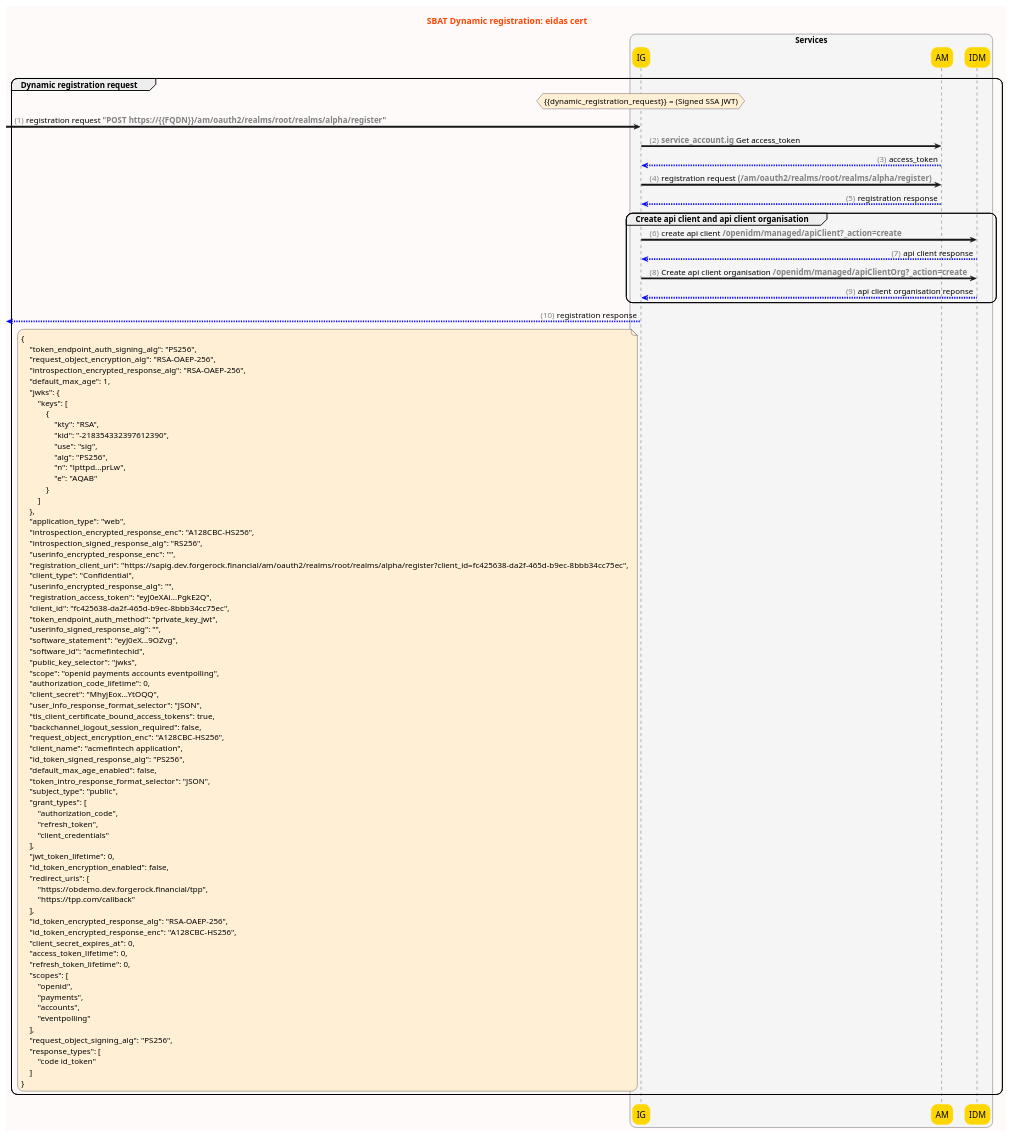
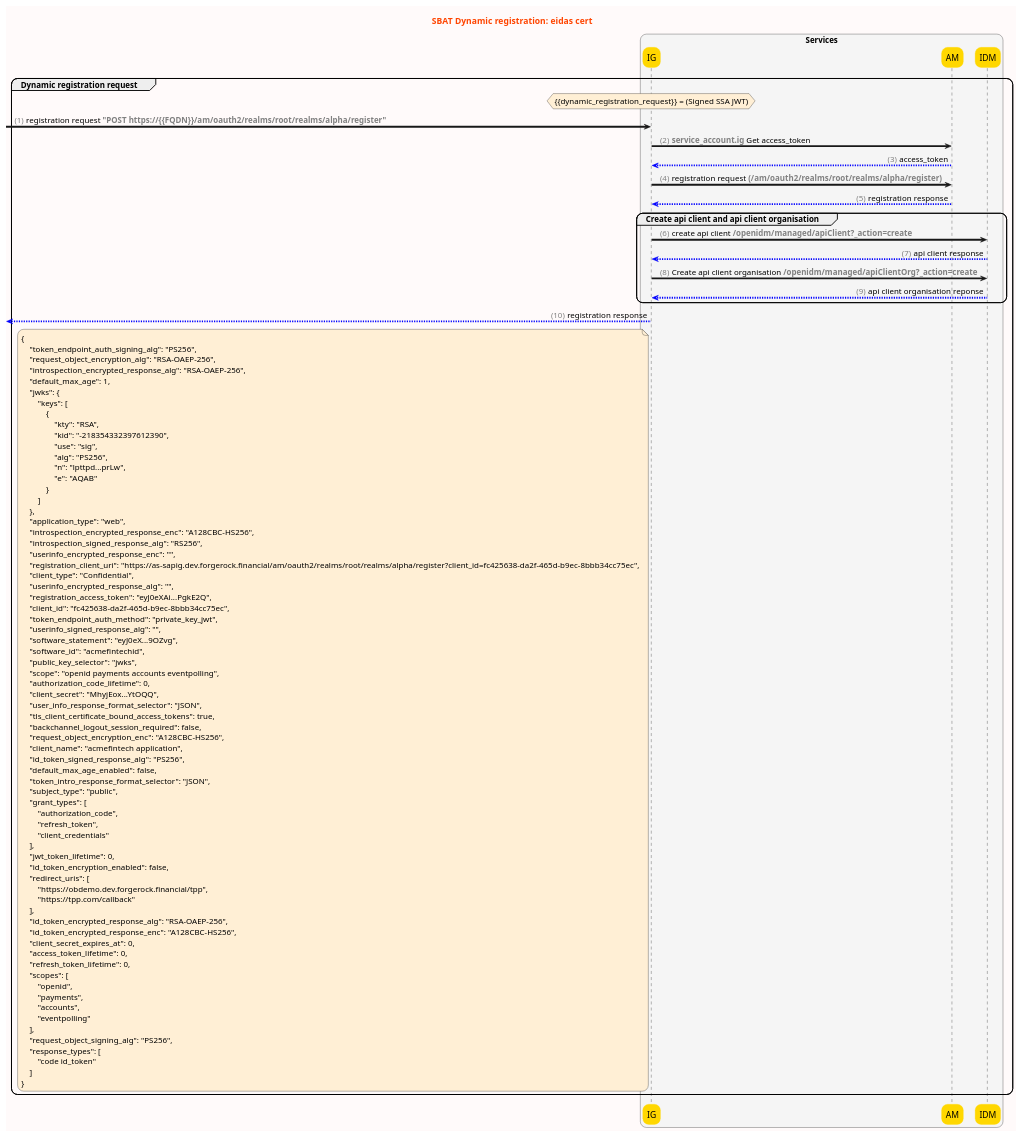
One commit to SecureApiGateway/secure-api-gateway-functional-test-framework changed the diagram in docs/diagrams/sbat-dynamic-reg-eidas-cert.puml. Above: the diagram before and after it, drawn with PlantUML. The commit also changed 7 other files, not shown here.

```diff
--- a/docs/diagrams/sbat-dynamic-reg-eidas-cert.puml
+++ b/docs/diagrams/sbat-dynamic-reg-eidas-cert.puml
@@ -1,108 +1,108 @@
 @startuml
 title <font color=orangered>SBAT Dynamic registration: eidas cert
 ' config '
 skinparam backgroundColor #snow
 skinparam sequenceArrowThickness 3
 skinparam roundcorner 20
 skinparam sequenceMessageAlign direction
 skinparam sequence {
     ParticipantBorderColor gold
 }
 box "Services" #whitesmoke
     participant IG #gold
     participant AM #gold
     participant IDM #gold
 end box
 
 autonumber "<font color=grey>  (##)"
 
 group Dynamic registration request
     hnote over IG #papayawhip
     {{dynamic_registration_request}} = (Signed SSA JWT)
     end hnote
     [-> IG: registration request **<font color=grey>"POST https://{{FQDN}}/am/oauth2/realms/root/realms/alpha/register"</font>**
     IG -> AM: **<font color=grey>service_account.ig</font>** Get access_token
     AM -[#0000FF]-> IG: access_token
     IG -> AM: registration request **<font color=grey>(/am/oauth2/realms/root/realms/alpha/register)</font>**
     AM -[#0000FF]-> IG: registration response
     group Create api client and api client organisation
         IG -> IDM: create api client **<font color=grey>/openidm/managed/apiClient?_action=create</font>**
         IDM -[#0000FF]-> IG: api client response
         IG -> IDM: Create api client organisation **<font color=grey>/openidm/managed/apiClientOrg?_action=create</font>**
         IDM -[#0000FF]-> IG: api client organisation reponse
     end group
     IG -[#0000FF]->[: registration response
     note left of IG #papayawhip
     {
         "token_endpoint_auth_signing_alg": "PS256",
         "request_object_encryption_alg": "RSA-OAEP-256",
         "introspection_encrypted_response_alg": "RSA-OAEP-256",
         "default_max_age": 1,
         "jwks": {
             "keys": [
                 {
                     "kty": "RSA",
                     "kid": "-218354332397612390",
                     "use": "sig",
                     "alg": "PS256",
                     "n": "lpttpd...prLw",
                     "e": "AQAB"
                 }
             ]
         },
         "application_type": "web",
         "introspection_encrypted_response_enc": "A128CBC-HS256",
         "introspection_signed_response_alg": "RS256",
         "userinfo_encrypted_response_enc": "",
-        "registration_client_uri": "https://sapig.dev.forgerock.financial/am/oauth2/realms/root/realms/alpha/register?client_id=fc425638-da2f-465d-b9ec-8bbb34cc75ec",
+        "registration_client_uri": "https://as-sapig.dev.forgerock.financial/am/oauth2/realms/root/realms/alpha/register?client_id=fc425638-da2f-465d-b9ec-8bbb34cc75ec",
         "client_type": "Confidential",
         "userinfo_encrypted_response_alg": "",
         "registration_access_token": "eyJ0eXAi...PgkE2Q",
         "client_id": "fc425638-da2f-465d-b9ec-8bbb34cc75ec",
         "token_endpoint_auth_method": "private_key_jwt",
         "userinfo_signed_response_alg": "",
         "software_statement": "eyJ0eX...9OZvg",
         "software_id": "acmefintechid",
         "public_key_selector": "jwks",
         "scope": "openid payments accounts eventpolling",
         "authorization_code_lifetime": 0,
         "client_secret": "MhyjEox...YtOQQ",
         "user_info_response_format_selector": "JSON",
         "tls_client_certificate_bound_access_tokens": true,
         "backchannel_logout_session_required": false,
         "request_object_encryption_enc": "A128CBC-HS256",
         "client_name": "acmefintech application",
         "id_token_signed_response_alg": "PS256",
         "default_max_age_enabled": false,
         "token_intro_response_format_selector": "JSON",
         "subject_type": "public",
         "grant_types": [
             "authorization_code",
             "refresh_token",
             "client_credentials"
         ],
         "jwt_token_lifetime": 0,
         "id_token_encryption_enabled": false,
         "redirect_uris": [
             "https://obdemo.dev.forgerock.financial/tpp",
             "https://tpp.com/callback"
         ],
         "id_token_encrypted_response_alg": "RSA-OAEP-256",
         "id_token_encrypted_response_enc": "A128CBC-HS256",
         "client_secret_expires_at": 0,
         "access_token_lifetime": 0,
         "refresh_token_lifetime": 0,
         "scopes": [
             "openid",
             "payments",
             "accounts",
             "eventpolling"
         ],
         "request_object_signing_alg": "PS256",
         "response_types": [
             "code id_token"
         ]
     }
     end note
 end group
 @enduml
```
